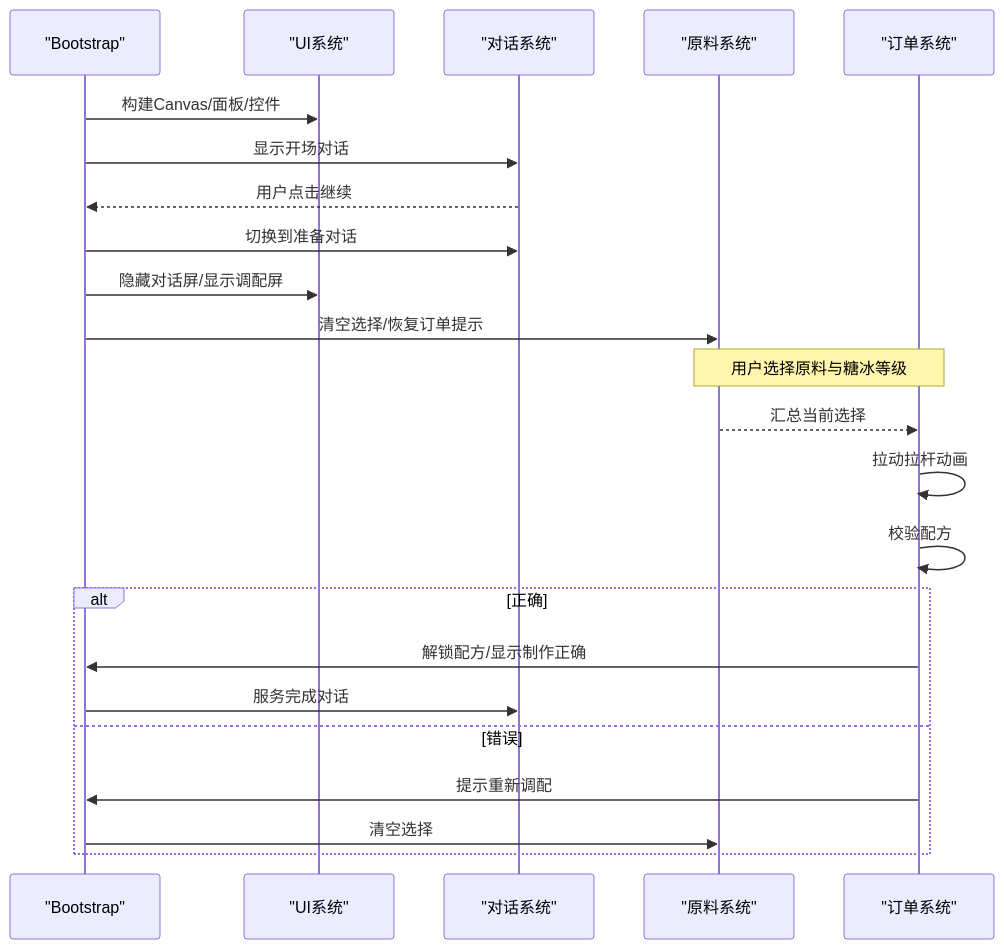
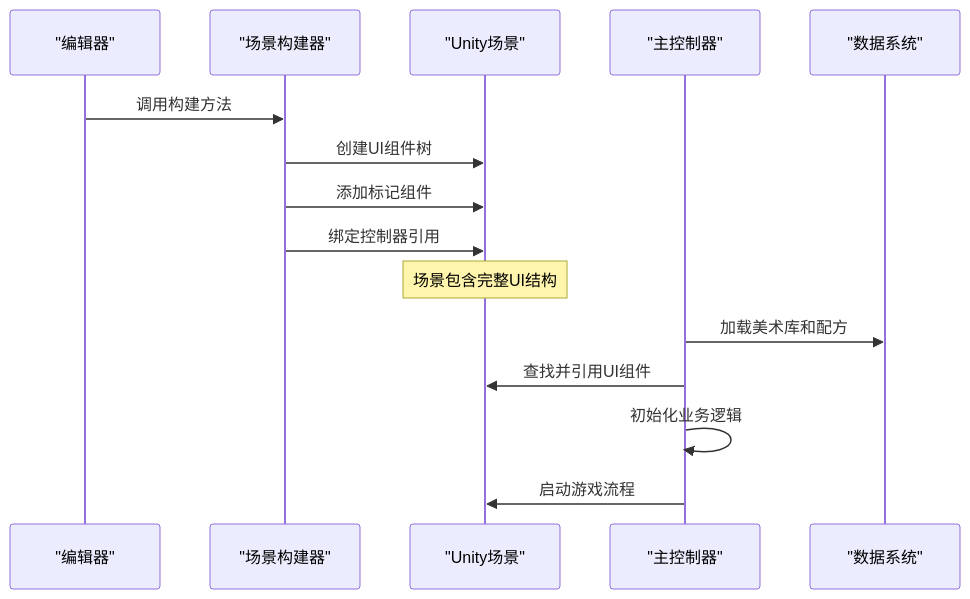
The second of 4 diagrams in .qoder/repowiki/zh/content/核心系统详解/核心系统详解.md (Thanatos42/-demo), drawn with Mermaid before and after one commit. The commit also changed other lines of this file and 16 other files, not shown here.

````diff
--- a/.qoder/repowiki/zh/content/核心系统详解/核心系统详解.md
+++ b/.qoder/repowiki/zh/content/核心系统详解/核心系统详解.md
@@ -74,25 +113,17 @@
 ```mermaid
 sequenceDiagram
-participant Boot as "Bootstrap"
-participant UI as "UI系统"
-participant Dia as "对话系统"
-participant Ing as "原料系统"
-participant Ord as "订单系统"
-Boot->>UI : 构建Canvas/面板/控件
-Boot->>Dia : 显示开场对话
-Dia-->>Boot : 用户点击继续
-Boot->>Dia : 切换到准备对话
-Boot->>UI : 隐藏对话屏/显示调配屏
-Boot->>Ing : 清空选择/恢复订单提示
-Note over Ing,Ord : 用户选择原料与糖冰等级
-Ing-->>Ord : 汇总当前选择
-Ord->>Ord : 拉动拉杆动画
-Ord->>Ord : 校验配方
-alt 正确
-Ord->>Boot : 解锁配方/显示制作正确
-Boot->>Dia : 服务完成对话
-else 错误
-Ord->>Boot : 提示重新调配
-Boot->>Ing : 清空选择
-end
+participant Editor as "编辑器"
+participant Builder as "场景构建器"
+participant Scene as "Unity场景"
+participant Controller as "主控制器"
+participant Data as "数据系统"
+Editor->>Builder : 调用构建方法
+Builder->>Scene : 创建UI组件树
+Builder->>Scene : 添加标记组件
+Builder->>Scene : 绑定控制器引用
+Note over Scene : 场景包含完整UI结构
+Controller->>Data : 加载美术库和配方
+Controller->>Scene : 查找并引用UI组件
+Controller->>Controller : 初始化业务逻辑
+Controller->>Scene : 启动游戏流程
 ```
````
